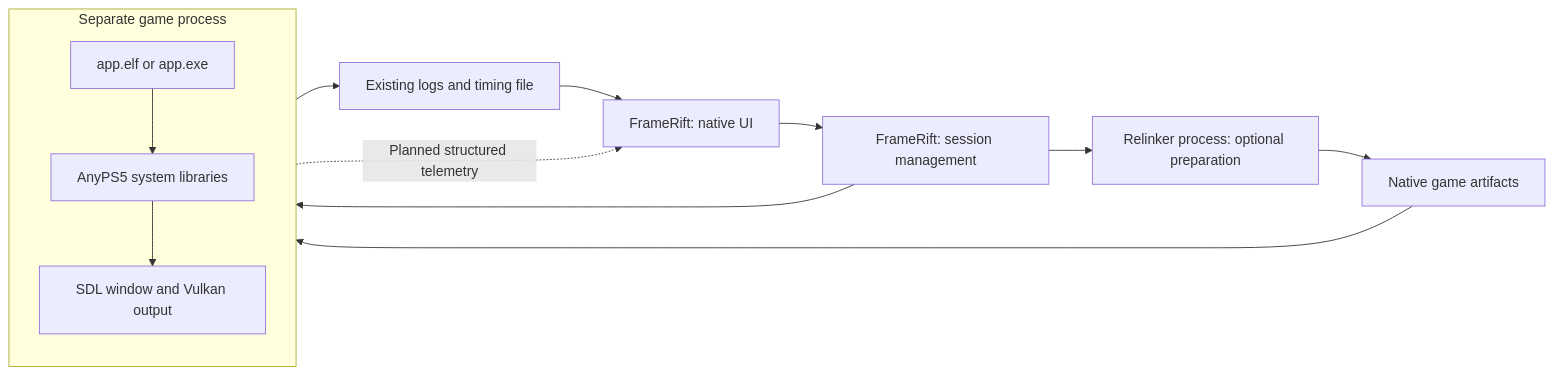
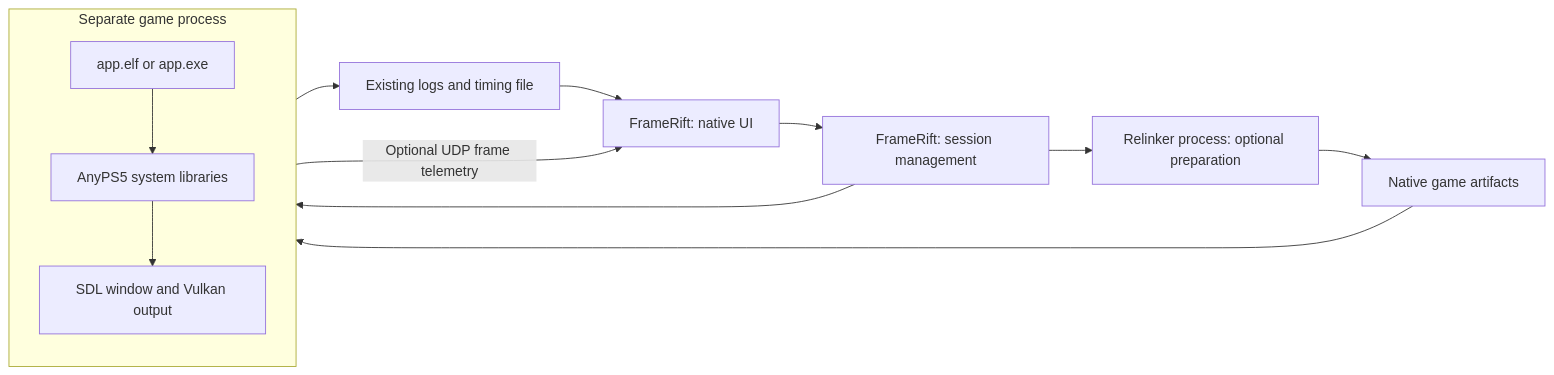
Before and after one commit to MichalSy/FrameRift: the diagram in docs/anyps5-integration.md, drawn with Mermaid. The commit also changed other lines of this file and 12 other files, not shown here.

````diff
--- a/docs/anyps5-integration.md
+++ b/docs/anyps5-integration.md
@@ -32,15 +32,15 @@
 ```mermaid
 flowchart LR
     ui["FrameRift: native UI"] --> session["FrameRift: session management"]
     session --> relink["Relinker process: optional preparation"]
     relink --> output["Native game artifacts"]
     session --> game
     output --> game
     subgraph game["Separate game process"]
         executable["app.elf or app.exe"] --> prx["AnyPS5 system libraries"]
         prx --> sdl["SDL window and Vulkan output"]
     end
     game --> logs["Existing logs and timing file"]
     logs --> ui
-    game -. "Planned structured telemetry" .-> ui
+    game -->|"Optional UDP frame telemetry"| ui
 ```
````
